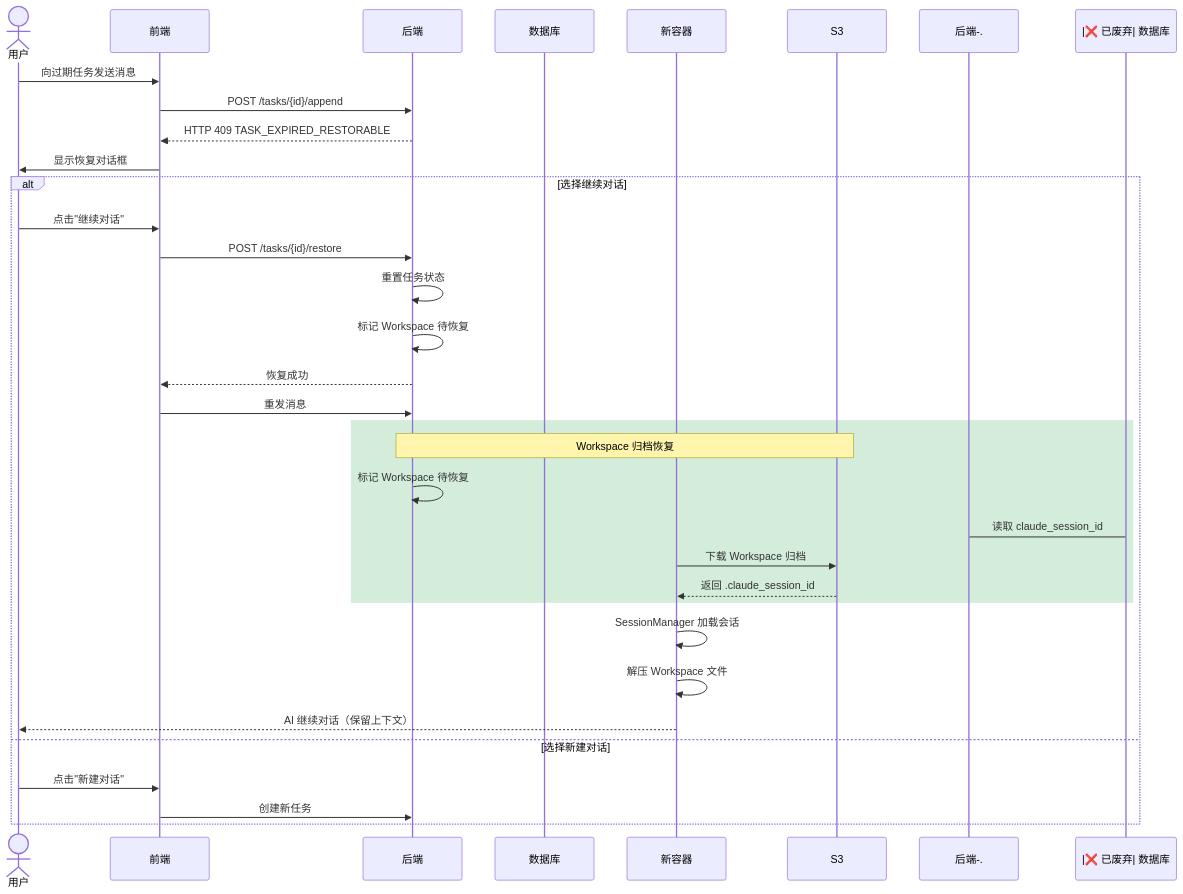
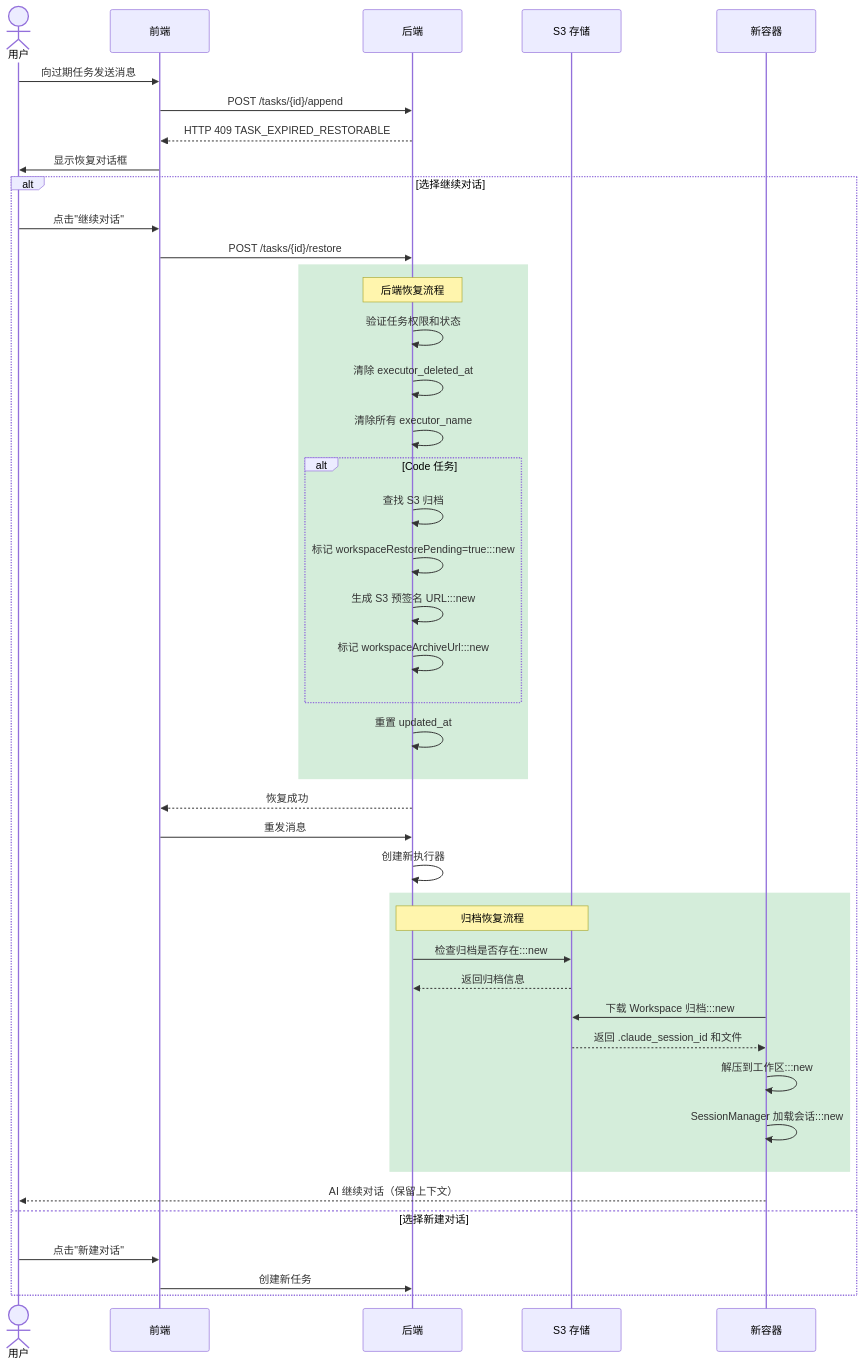
The second of 9 diagrams in docs/zh/features/task-restore.md (wecode-ai/Wegent), drawn with Mermaid before and after one commit. The commit also changed other lines of this file and 1 other file, not shown here.

First line of the commit message:
docs: update task restore documentation with visual markers

````diff
--- a/docs/zh/features/task-restore.md
+++ b/docs/zh/features/task-restore.md
@@ -51,35 +76,56 @@
 ```mermaid
 sequenceDiagram
     actor 用户
     participant 前端
     participant 后端
-    participant 数据库
+    participant S3 as S3 存储
     participant 新容器
 
     用户->>前端: 向过期任务发送消息
     前端->>后端: POST /tasks/{id}/append
     后端-->>前端: HTTP 409 TASK_EXPIRED_RESTORABLE
     前端->>用户: 显示恢复对话框
 
     alt 选择继续对话
         用户->>前端: 点击"继续对话"
         前端->>后端: POST /tasks/{id}/restore
-        后端->>后端: 重置任务状态
-        后端->>后端: 标记 Workspace 待恢复
+
+        rect rgb(212, 237, 218)
+            Note over 后端: 后端恢复流程
+            后端->>后端: 验证任务权限和状态
+            后端->>后端: 清除 executor_deleted_at
+            后端->>后端: 清除所有 executor_name
+
+            alt Code 任务
+                后端->>后端: 查找 S3 归档
+                后端->>后端: 标记 workspaceRestorePending=true:::new
+                后端->>后端: 生成 S3 预签名 URL:::new
+                后端->>后端: 标记 workspaceArchiveUrl:::new
+            end
+
+            后端->>后端: 重置 updated_at
+        end
+
         后端-->>前端: 恢复成功
         前端->>后端: 重发消息
+        后端->>后端: 创建新执行器
+
         rect rgb(212, 237, 218)
-            Note over 后端,S3: Workspace 归档恢复
-            后端->>后端: 标记 Workspace 待恢复
-            后端-.->|❌ 已废弃| 数据库: 读取 claude_session_id
-            新容器->>S3: 下载 Workspace 归档
-            S3-->>新容器: 返回 .claude_session_id
+            Note over 后端,S3: 归档恢复流程
+            后端->>S3: 检查归档是否存在:::new
+            S3-->>后端: 返回归档信息
+
+            新容器->>S3: 下载 Workspace 归档:::new
+            S3-->>新容器: 返回 .claude_session_id 和文件
+
+            新容器->>新容器: 解压到工作区:::new
+            新容器->>新容器: SessionManager 加载会话:::new
         end
-        新容器->>新容器: SessionManager 加载会话
-        新容器->>新容器: 解压 Workspace 文件
+
         新容器-->>用户: AI 继续对话（保留上下文）
+
     else 选择新建对话
         用户->>前端: 点击"新建对话"
         前端->>后端: 创建新任务
     end
 ```
````
